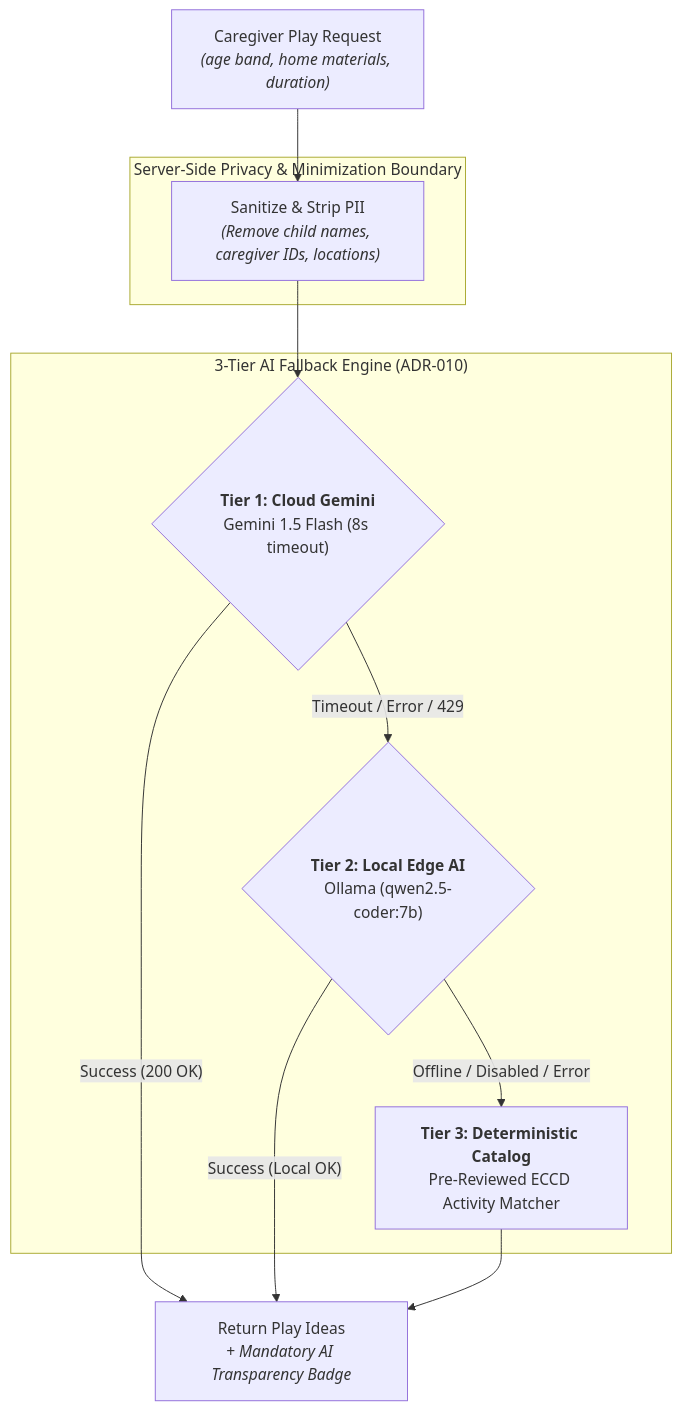
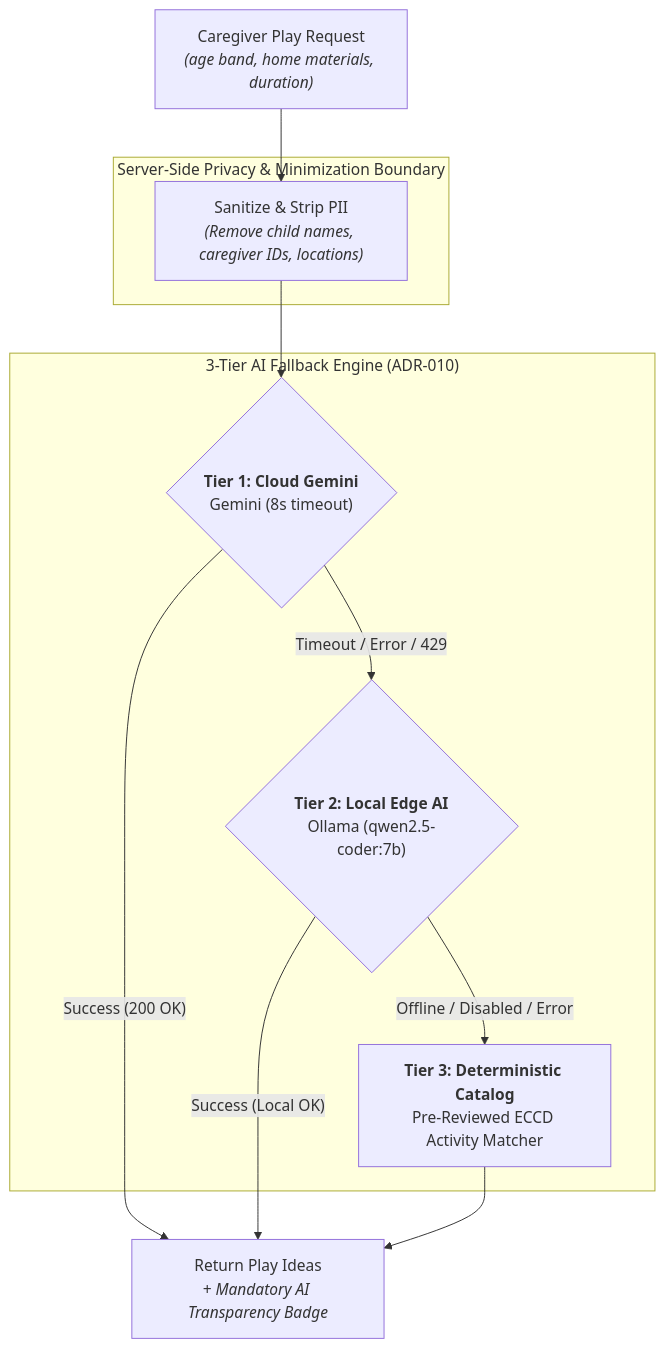
One commit to Thesis-Titans/littlesteps-docs changed the diagram in docs/security-privacy-ai.md. Above: the diagram before and after it, drawn with Mermaid. The commit also changed 7 other files, not shown here.

````diff
--- a/docs/security-privacy-ai.md
+++ b/docs/security-privacy-ai.md
@@ -106,23 +106,23 @@
 ```mermaid
 flowchart TD
     Req["Caregiver Play Request<br/><i>(age band, home materials, duration)</i>"]
     
     subgraph PrivacyFilter["Server-Side Privacy & Minimization Boundary"]
         Sanitize["Sanitize & Strip PII<br/><i>(Remove child names, caregiver IDs, locations)</i>"]
     end
     
     Req --> Sanitize
 
     subgraph FallbackEngine["3-Tier AI Fallback Engine (ADR-010)"]
-        T1{"<b>Tier 1: Cloud Gemini</b><br/>Gemini 1.5 Flash (8s timeout)"}
+        T1{"<b>Tier 1: Cloud Gemini</b><br/>Gemini (8s timeout)"}
         T2{"<b>Tier 2: Local Edge AI</b><br/>Ollama (qwen2.5-coder:7b)"}
         T3["<b>Tier 3: Deterministic Catalog</b><br/>Pre-Reviewed ECCD Activity Matcher"]
     end
 
     Sanitize --> T1
     T1 -- "Success (200 OK)" --> Response["Return Play Ideas<br/><i>+ Mandatory AI Transparency Badge</i>"]
     T1 -- "Timeout / Error / 429" --> T2
     T2 -- "Success (Local OK)" --> Response
     T2 -- "Offline / Disabled / Error" --> T3
     T3 --> Response
 ```
````
